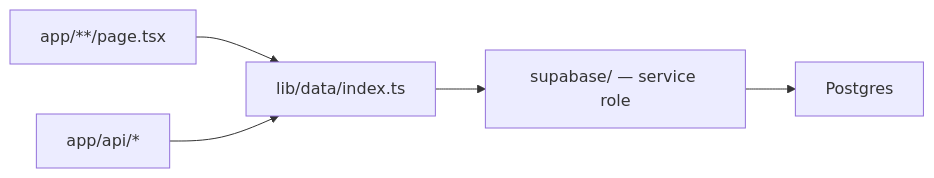
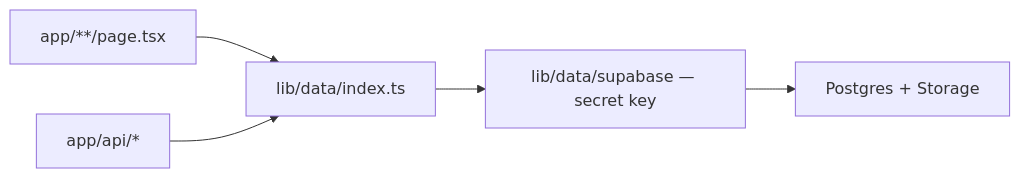
The seventh of 7 diagrams in docs/architecture.md (DmitriPer/weddingRsvp), drawn with Mermaid before and after one commit. The commit also changed other lines of this file and 22 other files, not shown here.

First line of the commit message:
Docs catch-up: statuses, progress, setup, architecture, CLAUDE.md

````diff
--- a/docs/architecture.md
+++ b/docs/architecture.md
@@ -323,7 +407,7 @@
 ```mermaid
 flowchart LR
     P["app/**/page.tsx"] --> I["lib/data/index.ts"]
     R["app/api/*"] --> I
-    I --> S["supabase/ — service role"]
-    S --> DB["Postgres"]
+    I --> S["lib/data/supabase — secret key"]
+    S --> DB["Postgres + Storage"]
 ```
````
